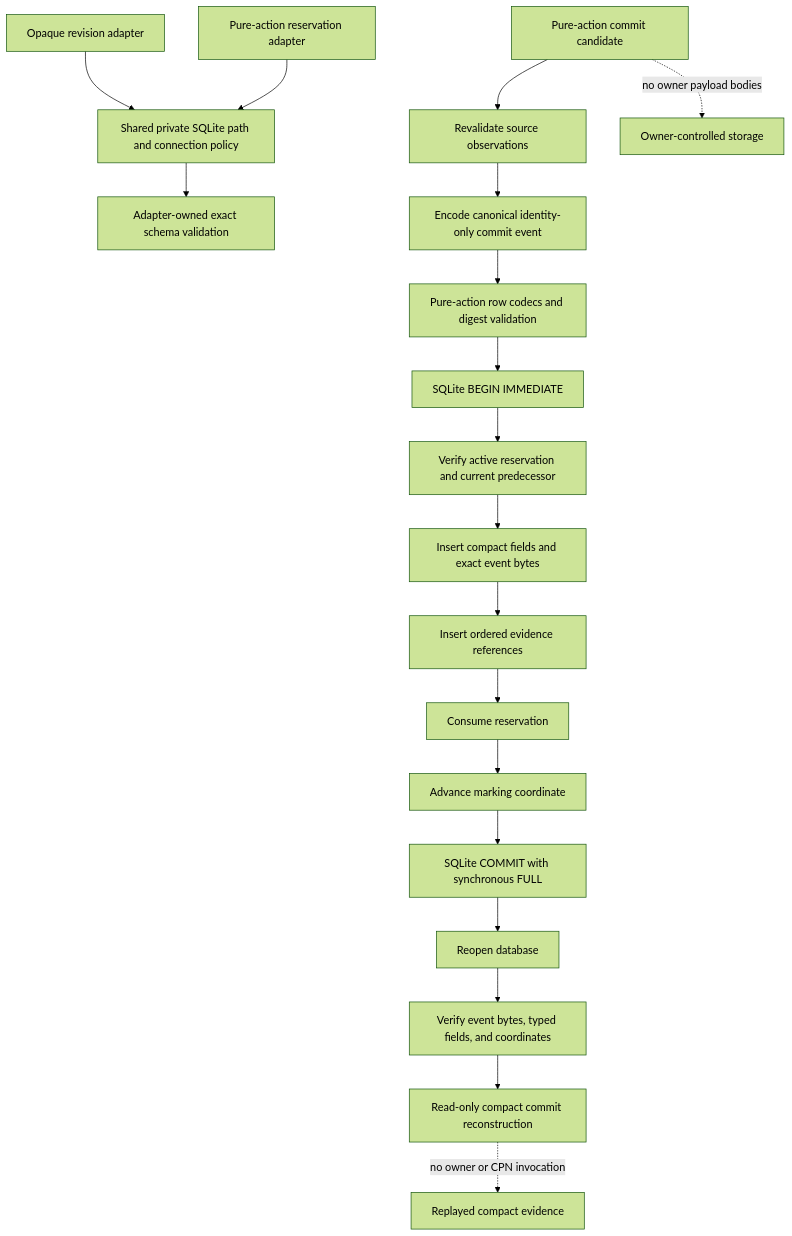
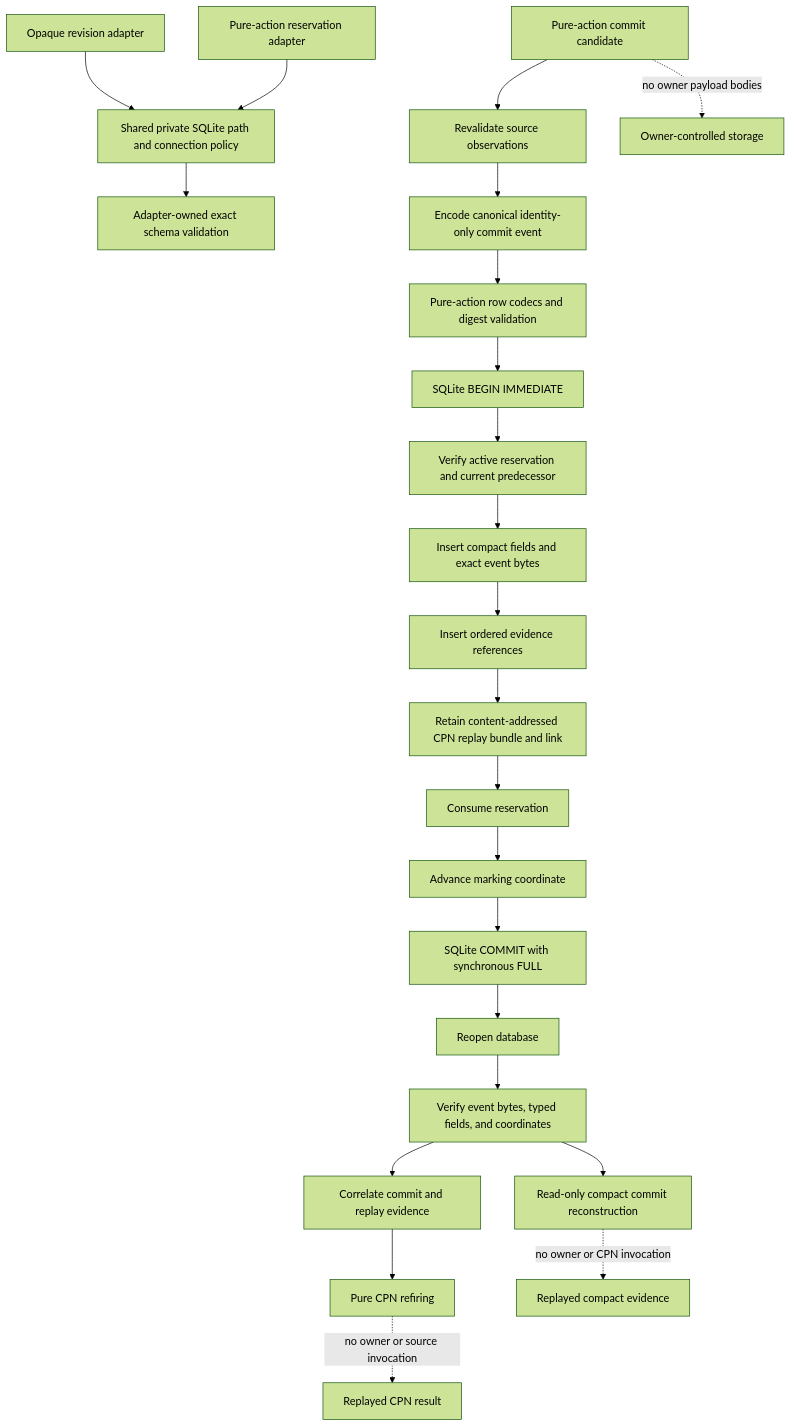
Before and after one commit to eragasa/projectkoios-workflow: the diagram in docs/architecture/projectkoios/workflow/persistence/schematic.md, drawn with Mermaid (forest theme). The commit also changed other lines of this file and 12 other files, not shown here.

Commit message:
feat: add durable CPN replay evidence

````diff
--- a/docs/architecture/projectkoios/workflow/persistence/schematic.md
+++ b/docs/architecture/projectkoios/workflow/persistence/schematic.md
@@ -5,25 +5,29 @@
 ```mermaid
 flowchart TD
     Private[Shared private SQLite path and connection policy]
     Revision[Opaque revision adapter] --> Private
     Pure[Pure-action reservation adapter] --> Private
     Private --> Schema[Adapter-owned exact schema validation]
 
     Command[Pure-action commit candidate] --> Revalidate[Revalidate source observations]
     Revalidate --> Encode[Encode canonical identity-only commit event]
     Encode --> Rows[Pure-action row codecs and digest validation]
     Rows --> Tx[SQLite BEGIN IMMEDIATE]
     Tx --> Check[Verify active reservation and current predecessor]
     Check --> Commit[Insert compact fields and exact event bytes]
     Commit --> References[Insert ordered evidence references]
-    References --> Consume[Consume reservation]
+    References --> Bundle[Retain content-addressed CPN replay bundle and link]
+    Bundle --> Consume[Consume reservation]
     Consume --> Advance[Advance marking coordinate]
     Advance --> Durable[SQLite COMMIT with synchronous FULL]
 
     Durable --> Reopen[Reopen database]
     Reopen --> Inspect[Verify event bytes, typed fields, and coordinates]
     Inspect --> Replay[Read-only compact commit reconstruction]
+    Inspect --> Correlate[Correlate commit and replay evidence]
+    Correlate --> Refire[Pure CPN refiring]
 
     Command -. no owner payload bodies .-> Outside[Owner-controlled storage]
     Replay -. no owner or CPN invocation .-> Done[Replayed compact evidence]
+    Refire -. no owner or source invocation .-> CpnDone[Replayed CPN result]
 ```
````
